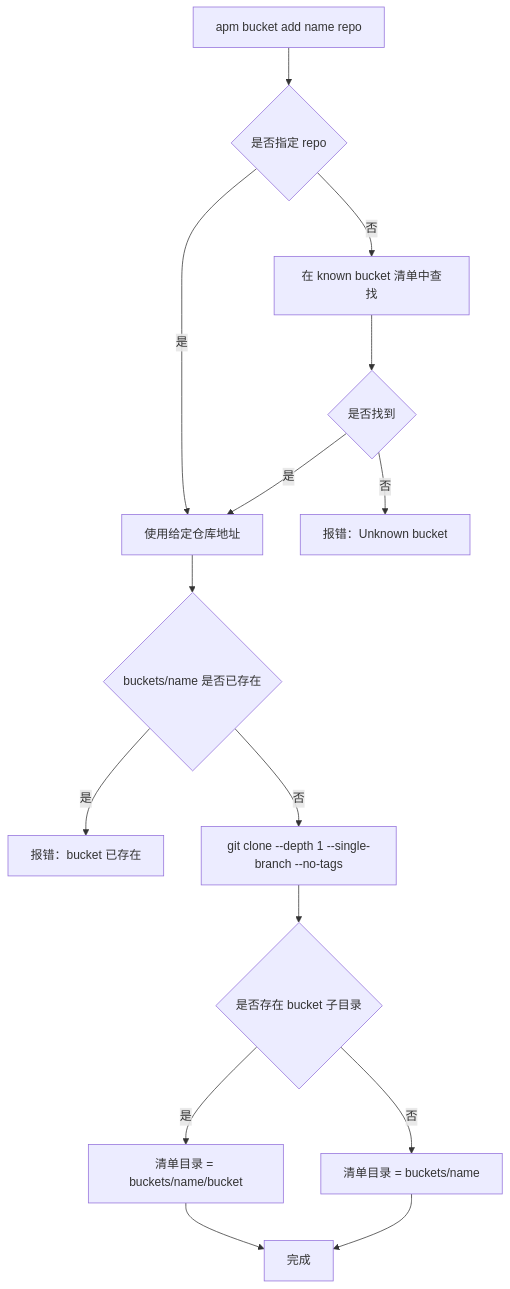
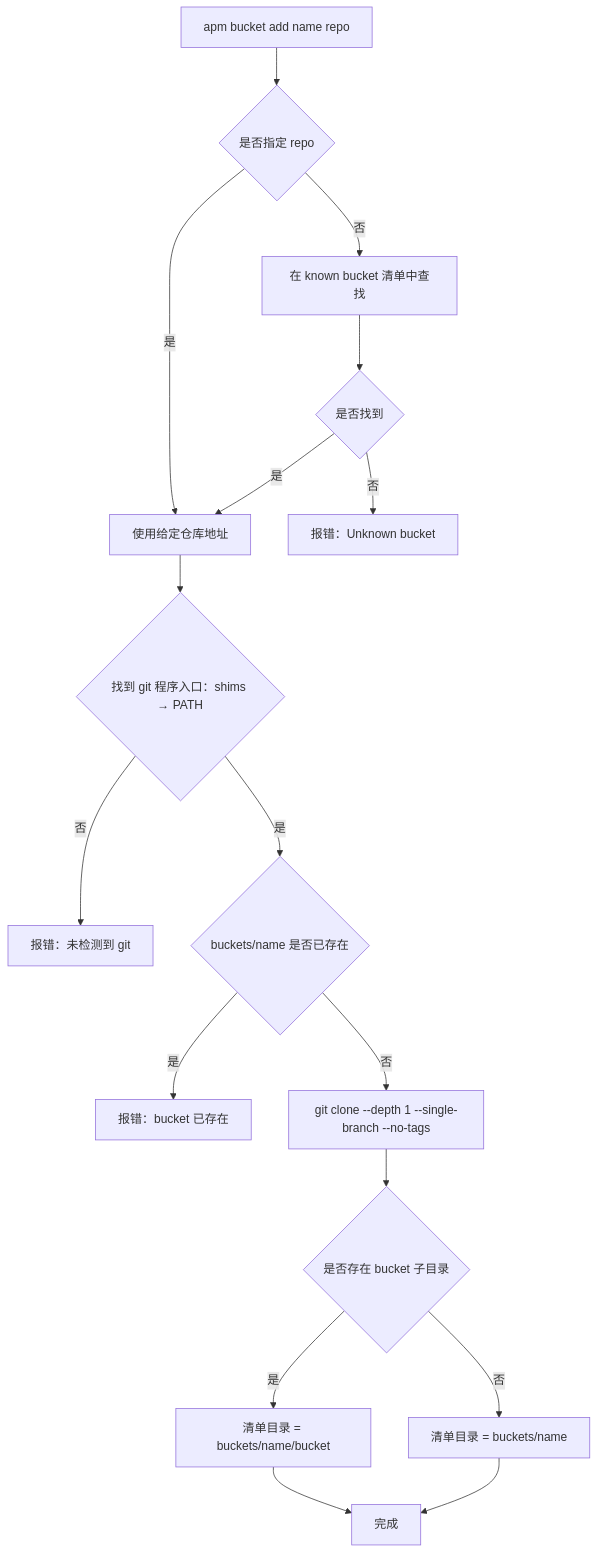
The second of 14 diagrams in docs/design.md (Adrts/APM), drawn with Mermaid before and after one commit. The commit also changed other lines of this file and 4 other files, not shown here.

````diff
--- a/docs/design.md
+++ b/docs/design.md
@@ -856,17 +857,19 @@
 ```mermaid
 flowchart TD
     A["apm bucket add name repo"] --> B{"是否指定 repo"}
     B -->|"是"| C["使用给定仓库地址"]
     B -->|"否"| D["在 known bucket 清单中查找"]
     D --> E{"是否找到"}
     E -->|"否"| F["报错：Unknown bucket"]
     E -->|"是"| C
-    C --> G{"buckets/name 是否已存在"}
+    C --> G0{"找到 git 程序入口：shims → PATH"}
+    G0 -->|"否"| G1["报错：未检测到 git"]
+    G0 -->|"是"| G{"buckets/name 是否已存在"}
     G -->|"是"| H["报错：bucket 已存在"]
     G -->|"否"| I["git clone --depth 1 --single-branch --no-tags"]
     I --> J{"是否存在 bucket 子目录"}
     J -->|"是"| K["清单目录 = buckets/name/bucket"]
     J -->|"否"| L["清单目录 = buckets/name"]
     K --> M["完成"]
     L --> M
 ```
````
